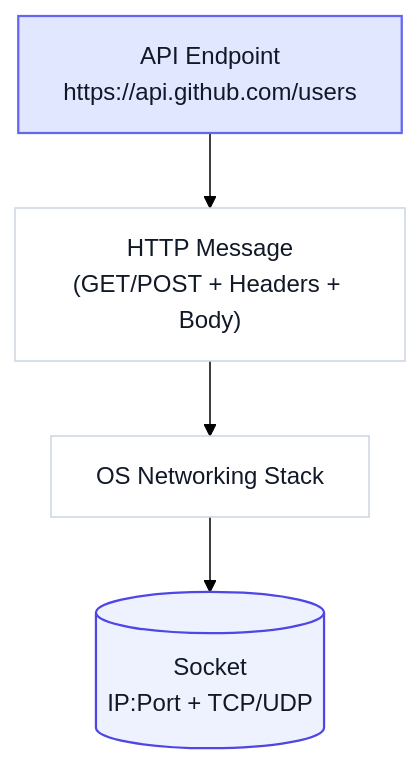
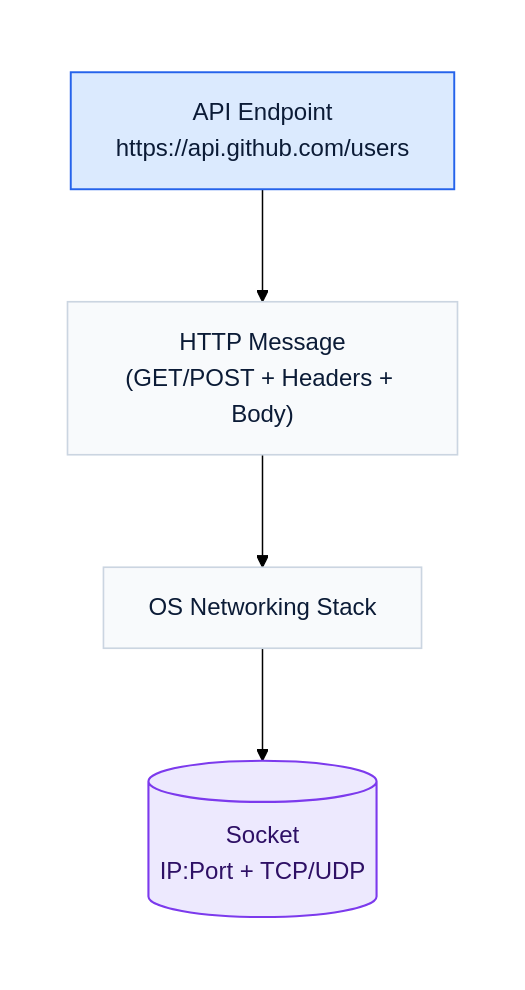
The third of 5 diagrams in sockets.md (hananather/system-design), drawn with Mermaid before and after one commit. The commit also changed other lines of this file, not shown here.

Commit message:
Apply white canvas to all diagrams (subgraph/rect). Improve color semantics: TCP green (reliable), UDP amber (best-effort), WebSocket indigo; endpoint mapping accent/neutral; same-host IPC teal. Keep spacing and <br/>.

````diff
--- a/sockets.md
+++ b/sockets.md
@@ -65,21 +69,25 @@
 ```mermaid
 %%{init: {
   'theme': 'base',
   'themeVariables': {
     'background': '#ffffff',
     'fontFamily': 'Inter, ui-sans-serif, system-ui'
   },
   'flowchart': { 'useMaxWidth': false, 'diagramPadding': 24, 'htmlLabels': true }
 }}%%
 flowchart TB
-  EP["API Endpoint<br/>https://api.github.com/users"]:::accent
-  HTTP["HTTP Message<br/>(GET/POST + Headers + Body)"]:::dim
-  OS["OS Networking Stack"]:::dim
-  SOCK[("Socket<br/>IP:Port + TCP/UDP")]:::highlight
+  subgraph CANVAS[ ]
+    direction TB
+    EP["API Endpoint<br/>https://api.github.com/users"]:::accent
+    HTTP["HTTP Message<br/>(GET/POST + Headers + Body)"]:::dim
+    OS["OS Networking Stack"]:::dim
+    SOCK[("Socket<br/>IP:Port + TCP/UDP")]:::highlight
 
-  EP --> HTTP --> OS --> SOCK
+    EP --> HTTP --> OS --> SOCK
+  end
 
-  classDef accent fill:#E0E7FF,stroke:#6366F1,stroke-width:1.5px,color:#111827;
-  classDef dim fill:#FFFFFF,stroke:#CBD5E1,stroke-width:1px,color:#111827;
-  classDef highlight fill:#EEF2FF,stroke:#4F46E5,stroke-width:1.5px,color:#111827;
+  classDef accent fill:#DBEAFE,stroke:#2563EB,stroke-width:1.3px,color:#0B1B36;
+  classDef dim fill:#F8FAFC,stroke:#CBD5E1,stroke-width:1.1px,color:#0B1B36;
+  classDef highlight fill:#EDE9FE,stroke:#7C3AED,stroke-width:1.4px,color:#2E1065;
+  style CANVAS fill:#ffffff,stroke:#ffffff,stroke-width:0px;
 ```
````
